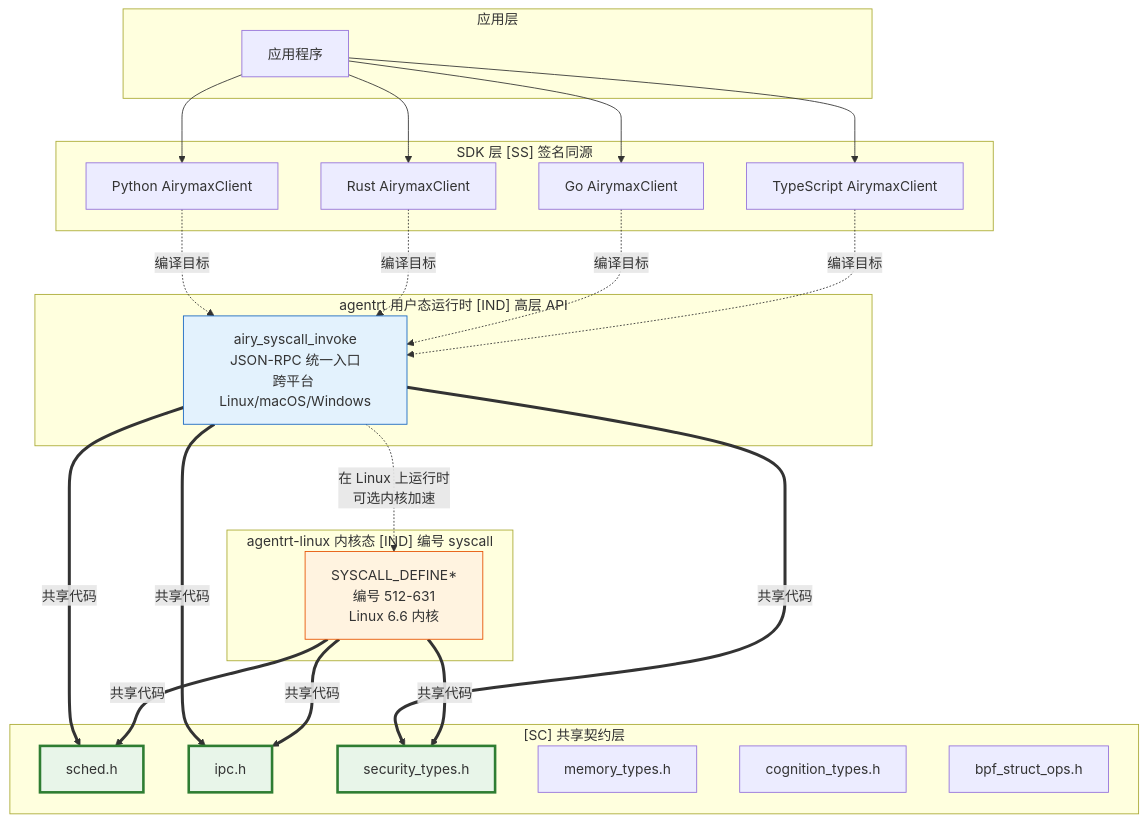
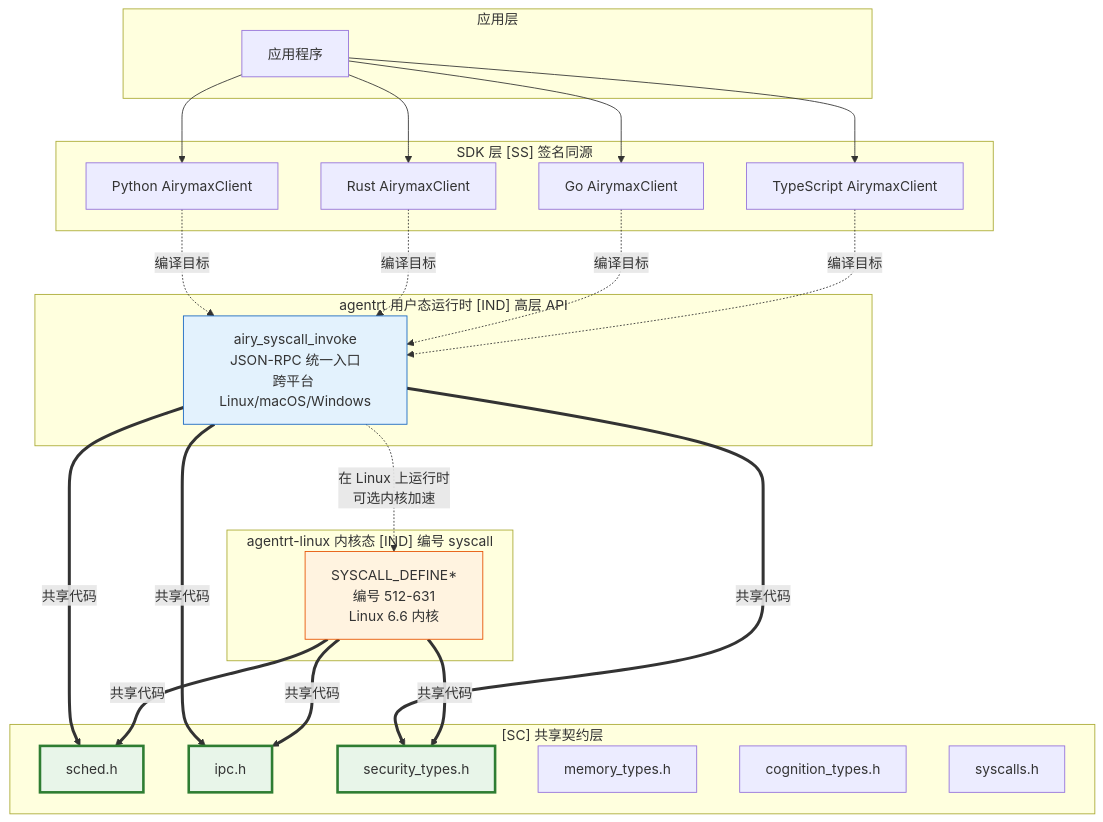
One commit to SpharxTeam/Docs changed the first of 2 diagrams in AirymaxOS/30-interfaces/05-syscall-semantic-mapping.md. Above: the diagram before and after it, drawn with Mermaid. The commit also changed other lines of this file and 151 other files, not shown here.

````diff
--- a/AirymaxOS/30-interfaces/05-syscall-semantic-mapping.md
+++ b/AirymaxOS/30-interfaces/05-syscall-semantic-mapping.md
@@ -50,52 +50,52 @@
 ```mermaid
 graph TB
     subgraph "应用层"
         APP[应用程序]
     end
 
     subgraph "SDK 层 [SS] 签名同源"
         SDK_PY[Python AirymaxClient]
         SDK_RS[Rust AirymaxClient]
         SDK_GO[Go AirymaxClient]
         SDK_TS[TypeScript AirymaxClient]
     end
 
     subgraph "agentrt 用户态运行时 [IND] 高层 API"
         RT[airy_syscall_invoke<br/>JSON-RPC 统一入口<br/>跨平台 Linux/macOS/Windows]
     end
 
     subgraph "agentrt-linux 内核态 [IND] 编号 syscall"
         OS[SYSCALL_DEFINE*<br/>编号 512-631<br/>Linux 6.6 内核]
     end
 
     subgraph "[SC] 共享契约层"
         SC1[sched.h]
         SC2[ipc.h]
         SC3[security_types.h]
         SC4[memory_types.h]
         SC5[cognition_types.h]
-        SC6[bpf_struct_ops.h]
+        SC6[syscalls.h]
     end
 
     APP --> SDK_PY
     APP --> SDK_RS
     APP --> SDK_GO
     APP --> SDK_TS
     SDK_PY -.->|"编译目标"| RT
     SDK_RS -.->|"编译目标"| RT
     SDK_GO -.->|"编译目标"| RT
     SDK_TS -.->|"编译目标"| RT
     RT -.->|"在 Linux 上运行时<br/>可选内核加速"| OS
     RT ==>|"共享代码"| SC1
     RT ==>|"共享代码"| SC2
     RT ==>|"共享代码"| SC3
     OS ==>|"共享代码"| SC1
     OS ==>|"共享代码"| SC2
     OS ==>|"共享代码"| SC3
 
     style SC1 fill:#e8f5e9,stroke:#2e7d32,stroke-width:3px
     style SC2 fill:#e8f5e9,stroke:#2e7d32,stroke-width:3px
     style SC3 fill:#e8f5e9,stroke:#2e7d32,stroke-width:3px
     style RT fill:#e3f2fd,stroke:#1565c0
     style OS fill:#fff3e0,stroke:#e65100
 ```
````
